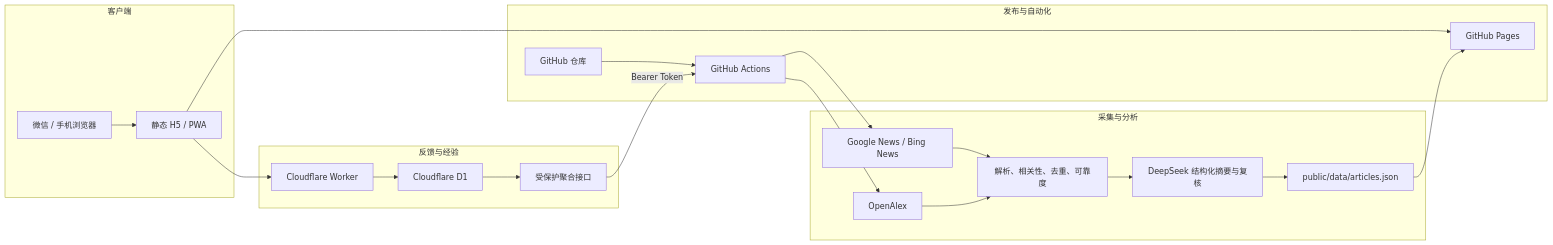
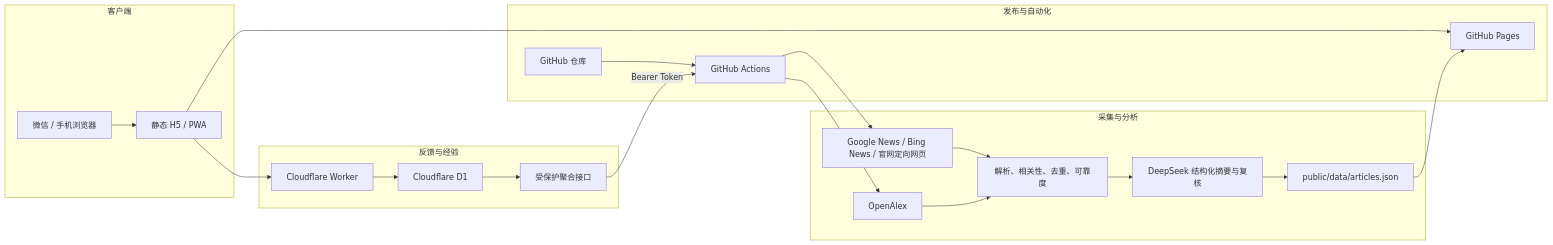
One commit to WxF5ve/wind-drivetrain-intelligence changed the second of 2 diagrams in WEB-INTRODUCTION.md. Above: the diagram before and after it, drawn with Mermaid. The commit also changed other lines of this file and 16 other files, not shown here.

````diff
--- a/WEB-INTRODUCTION.md
+++ b/WEB-INTRODUCTION.md
@@ -174,42 +174,42 @@
 ```mermaid
 flowchart LR
     subgraph Client["客户端"]
       WX["微信 / 手机浏览器"]
       PWA["静态 H5 / PWA"]
     end
 
     subgraph Publish["发布与自动化"]
       GH["GitHub 仓库"]
       GA["GitHub Actions"]
       GP["GitHub Pages"]
     end
 
     subgraph Collect["采集与分析"]
-      NEWS["Google News / Bing News"]
+      NEWS["Google News / Bing News / 官网定向网页"]
       OA["OpenAlex"]
       FILTER["解析、相关性、去重、可靠度"]
       AI["DeepSeek 结构化摘要与复核"]
       JSON["public/data/articles.json"]
     end
 
     subgraph Feedback["反馈与经验"]
       CF["Cloudflare Worker"]
       D1["Cloudflare D1"]
       AGG["受保护聚合接口"]
     end
 
     WX --> PWA
     PWA --> GP
     GH --> GA
     GA --> NEWS
     GA --> OA
     NEWS --> FILTER
     OA --> FILTER
     FILTER --> AI
     AI --> JSON
     JSON --> GP
     PWA --> CF
     CF --> D1
     D1 --> AGG
     AGG -->|"Bearer Token"| GA
 ```
````
